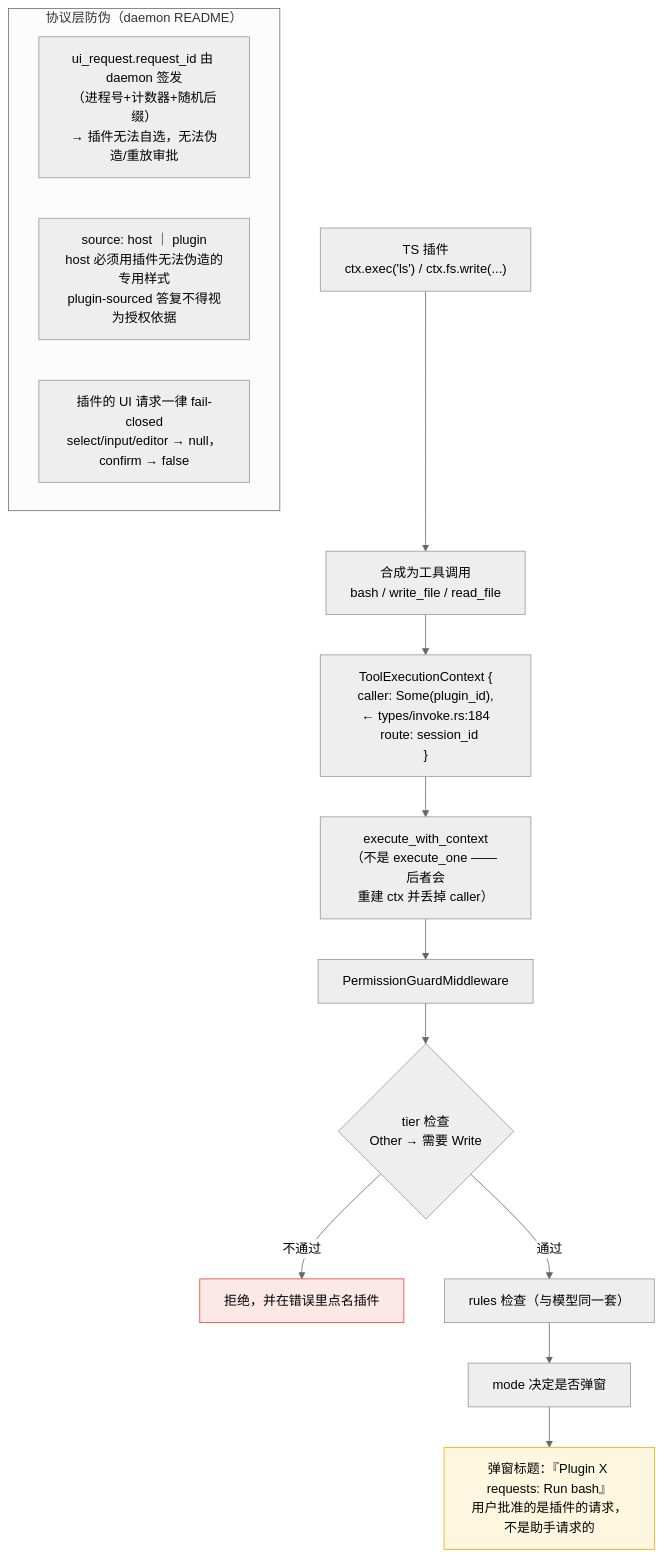
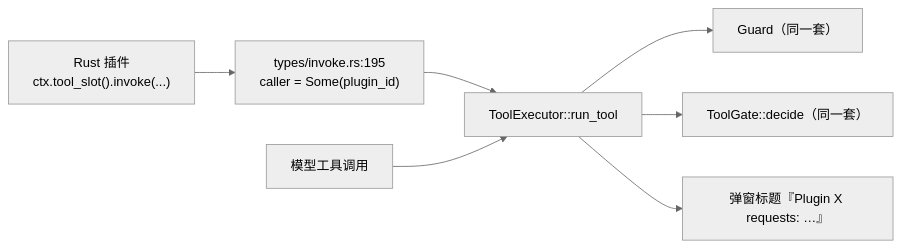
Before and after one commit to lucacicii/thunder: the fifth of 6 diagrams in docs/permission-structure.md, drawn with Mermaid (neutral theme). The commit also changed other lines of this file and 22 other files, not shown here.

````diff
--- a/docs/permission-structure.md
+++ b/docs/permission-structure.md
@@ -247,21 +343,9 @@
 ```mermaid
-flowchart TB
-    P["TS 插件<br/>ctx.exec('ls') / ctx.fs.write(...)"] --> SYN["合成为工具调用<br/>bash / write_file / read_file"]
-    SYN --> CTX["ToolExecutionContext {<br/>  caller: Some(plugin_id),  ← types/invoke.rs:184<br/>  route: session_id<br/>}"]
-    CTX --> PIPE["execute_with_context<br/>（不是 execute_one —— 后者会<br/>重建 ctx 并丢掉 caller）"]
-    PIPE --> G1["PermissionGuardMiddleware"]
-    G1 --> D{"tier 检查<br/>Other → 需要 Write"}
-    D -->|不通过| E1["拒绝，并在错误里点名插件"]
-    D -->|通过| D2["rules 检查（与模型同一套）"]
-    D2 --> D3["mode 决定是否弹窗"]
-    D3 --> DLG["弹窗标题：『Plugin X requests: Run bash』<br/>用户批准的是插件的请求，<br/>不是助手请求的"]
-
-    subgraph SEC["协议层防伪（daemon README）"]
-        S1["ui_request.request_id 由 daemon 签发<br/>（进程号+计数器+随机后缀）<br/>→ 插件无法自选，无法伪造/重放审批"]
-        S2["source: host ｜ plugin<br/>host 必须用插件无法伪造的专用样式<br/>plugin-sourced 答复不得视为授权依据"]
-        S3["插件的 UI 请求一律 fail-closed<br/>select/input/editor → null，confirm → false"]
-    end
-
-    style E1 fill:#fce8e6,stroke:#ea4335
-    style DLG fill:#fef7e0,stroke:#f9ab00
+flowchart LR
+    P["Rust 插件<br/>ctx.tool_slot().invoke(...)"] --> SYN["types/invoke.rs:195<br/>caller = Some(plugin_id)"]
+    SYN --> RUN["ToolExecutor::run_tool"]
+    M["模型工具调用"] --> RUN
+    RUN --> G1["Guard（同一套）"]
+    RUN --> G2["ToolGate::decide（同一套）"]
+    RUN --> DLG["弹窗标题『Plugin X requests: …』"]
 ```
````
